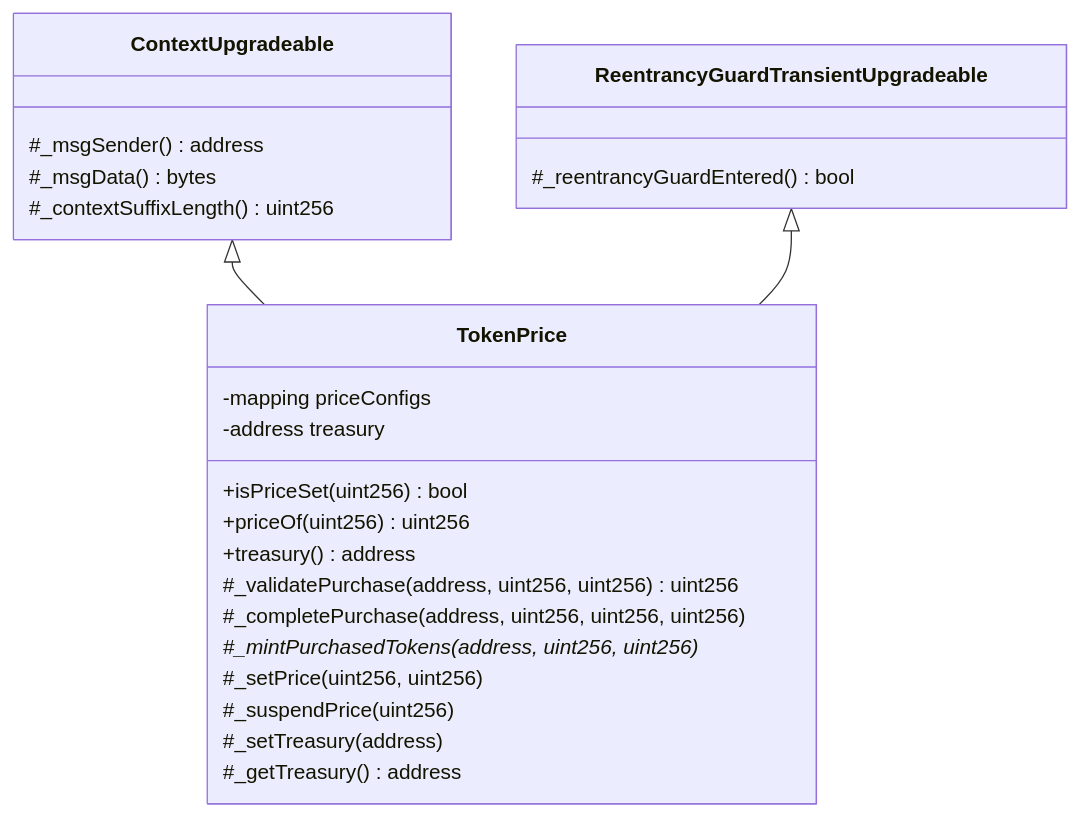
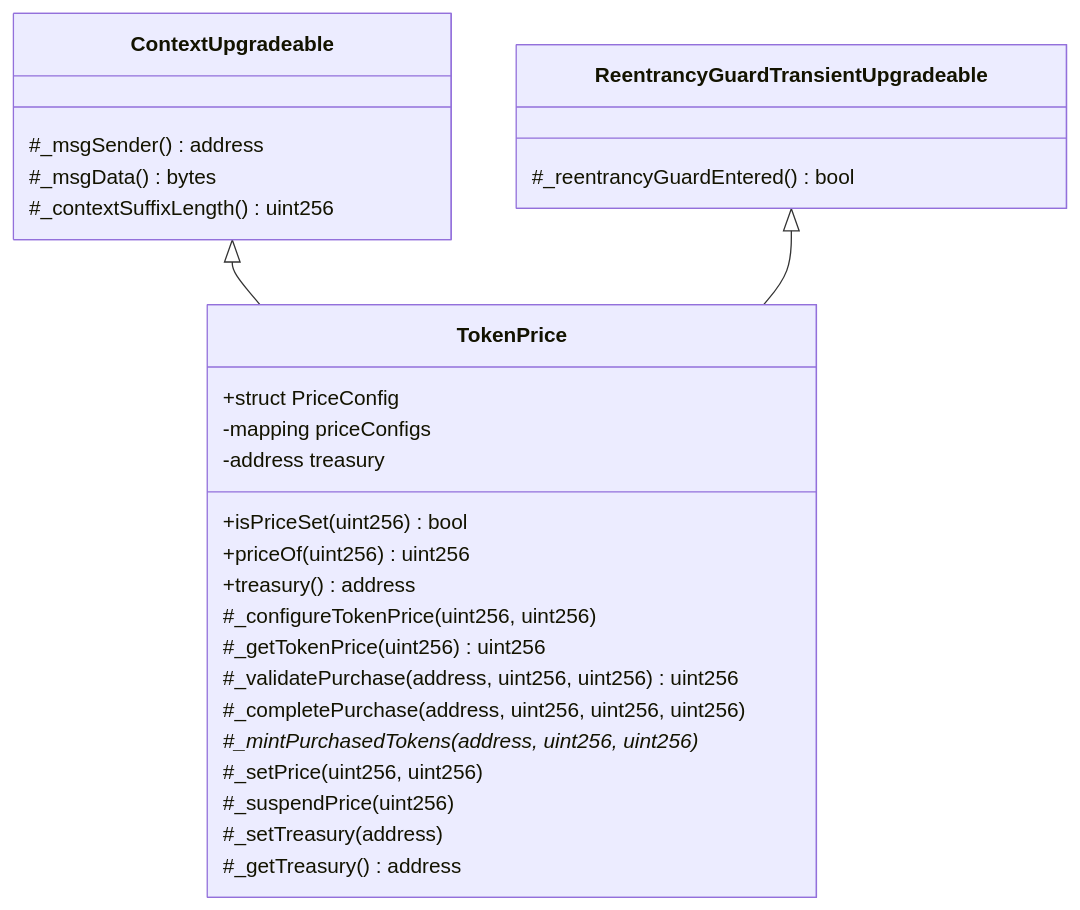
The third of 18 diagrams in src/README.md (glanzz/evmauth-core), drawn with Mermaid before and after one commit. The commit also changed other lines of this file and 9 other files, not shown here.

````diff
--- a/src/README.md
+++ b/src/README.md
@@ -235,28 +277,31 @@
 ```mermaid
 classDiagram
     class ContextUpgradeable{
         #_msgSender() address
         #_msgData() bytes
         #_contextSuffixLength() uint256
     }
     class ReentrancyGuardTransientUpgradeable{
         #_reentrancyGuardEntered() bool
     }
     class TokenPrice{
+        +struct PriceConfig
         -mapping priceConfigs
         -address treasury
         +isPriceSet(uint256) bool
         +priceOf(uint256) uint256
         +treasury() address
+        #_configureTokenPrice(uint256, uint256)
+        #_getTokenPrice(uint256) uint256
         #_validatePurchase(address, uint256, uint256) uint256
         #_completePurchase(address, uint256, uint256, uint256)
         #_mintPurchasedTokens(address, uint256, uint256)*
         #_setPrice(uint256, uint256)
         #_suspendPrice(uint256)
         #_setTreasury(address)
         #_getTreasury() address
     }
     
     ContextUpgradeable <|-- TokenPrice
     ReentrancyGuardTransientUpgradeable <|-- TokenPrice
 ```
````
